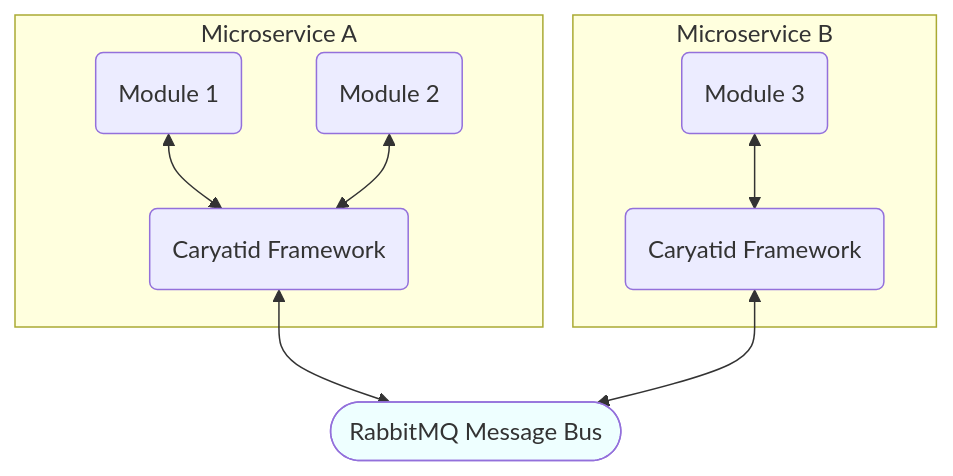
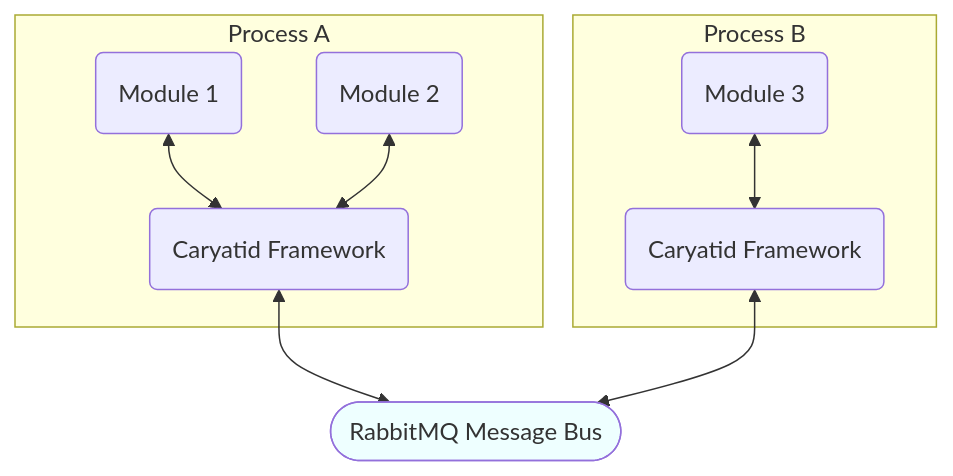
One commit to input-output-hk/acropolis changed the diagram in README.md. Above: the diagram before and after it, drawn with Mermaid. The commit also changed other lines of this file and 2 other files, not shown here.

````diff
--- a/README.md
+++ b/README.md
@@ -12,27 +27,27 @@
 ```mermaid
 graph TB
 
-  subgraph Microservice A
+  subgraph Process A
     Module1(Module 1)
     Module2(Module 2)
     Caryatid1(Caryatid Framework)
 
     Module1 <--> Caryatid1
     Module2 <--> Caryatid1
   end
 
-  subgraph Microservice B
+  subgraph Process B
     Module3(Module 3)
 
     Caryatid2(Caryatid Framework)
 
     Module3 <--> Caryatid2
 
   end
 
   RabbitMQ([RabbitMQ Message Bus])
   style RabbitMQ fill:#eff
 
   Caryatid1 <--> RabbitMQ
   Caryatid2 <--> RabbitMQ
 ```
````
